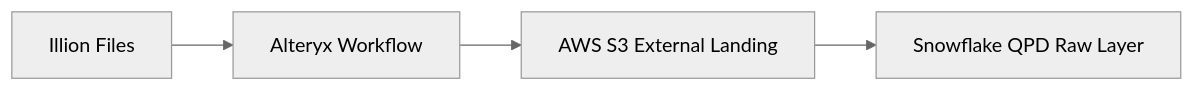
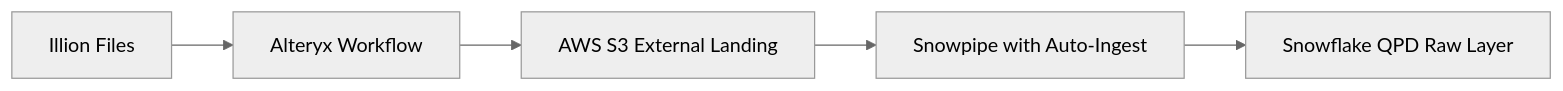
The eighth of 14 diagrams in 15-BB-QPD Future State/QPD - Future State.md (sfc-gh-mhindi/REPO_CBA), drawn with Mermaid (neutral theme) before and after one commit. The commit also changed other lines of this file, not shown here.

Commit message:
Update QPD - Future State.md

````diff
--- a/15-BB-QPD Future State/QPD - Future State.md
+++ b/15-BB-QPD Future State/QPD - Future State.md
@@ -471,6 +509,7 @@
 ```mermaid
 graph LR
     Illion[Illion Files] --> Alteryx[Alteryx Workflow]
     Alteryx --> S3_Landing[AWS S3 External Landing]
-    S3_Landing --> SF_Raw[Snowflake QPD Raw Layer]
+    S3_Landing --> Snowpipe[Snowpipe with Auto-Ingest]
+    Snowpipe --> SF_Raw[Snowflake QPD Raw Layer]
 ```
````
